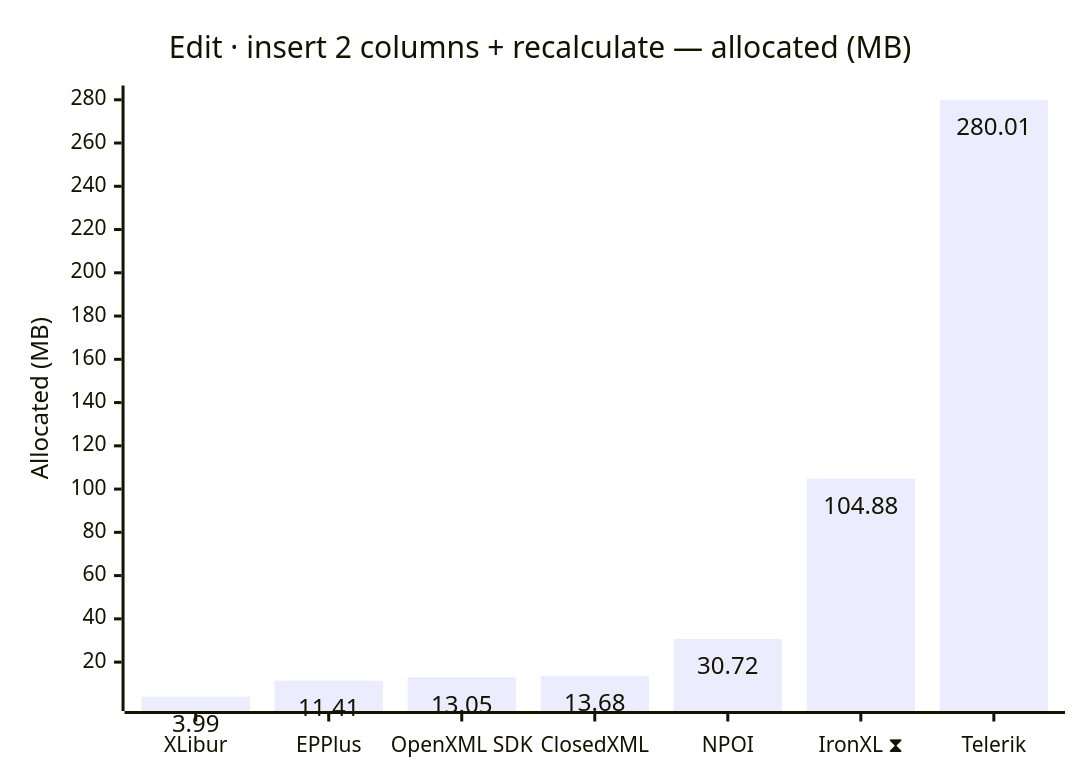
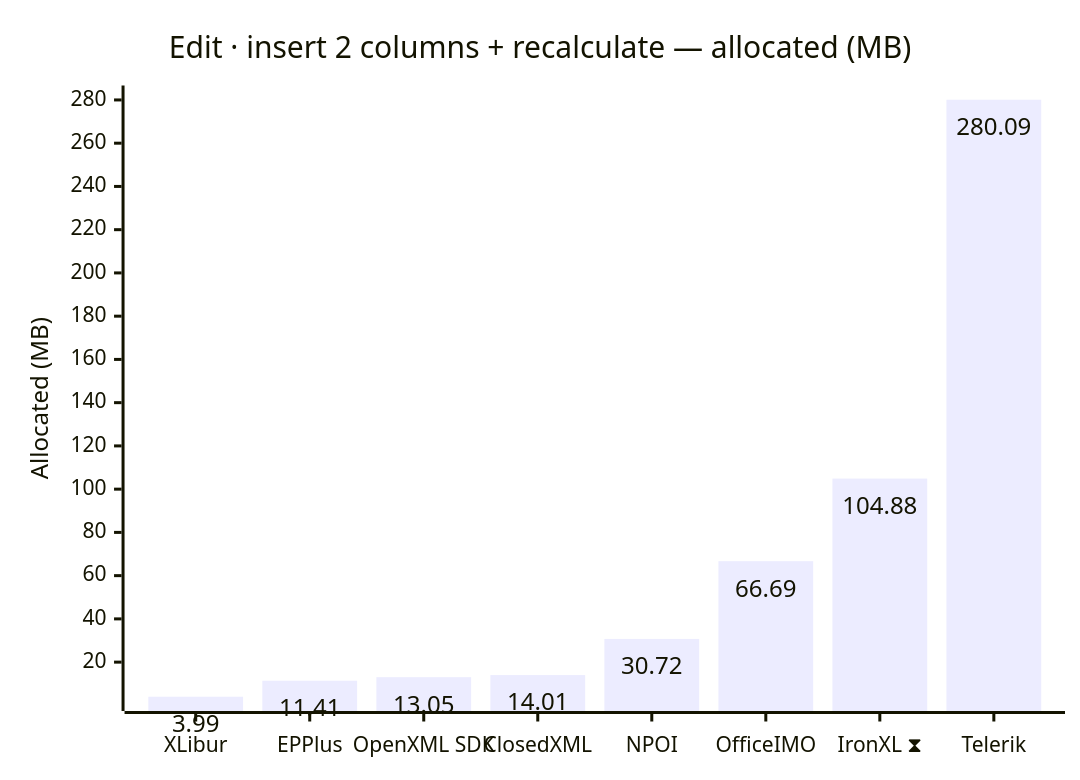
Before and after one commit to jafin/XLBench: diagram 12 of 12 in docs/results.md, drawn with Mermaid. The commit also changed other lines of this file and 17 other files, not shown here.

First line of the commit message:
Add OfficeIMO.Excel to the benchmark suite and publish full-fidelity results (#33)

````diff
--- a/docs/results.md
+++ b/docs/results.md
@@ -183,12 +184,12 @@
 ```mermaid
 ---
 config:
   xyChart:
     showDataLabel: true
 ---
 xychart-beta
     title "Edit · insert 2 columns + recalculate — allocated (MB)"
-    x-axis ["XLibur", "EPPlus", "OpenXML SDK", "ClosedXML", "NPOI", "IronXL ⧗", "Telerik"]
+    x-axis ["XLibur", "EPPlus", "OpenXML SDK", "ClosedXML", "NPOI", "OfficeIMO", "IronXL ⧗", "Telerik"]
     y-axis "Allocated (MB)"
-    bar [3.99, 11.41, 13.05, 13.68, 30.72, 104.88, 280.01]
+    bar [3.99, 11.41, 13.05, 14.01, 30.72, 66.69, 104.88, 280.09]
 ```
````
